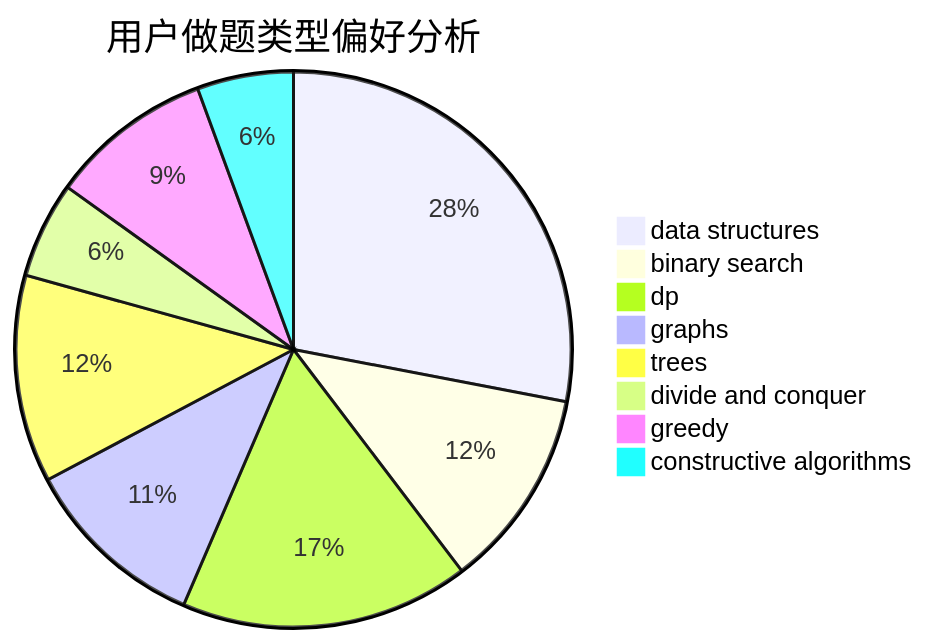
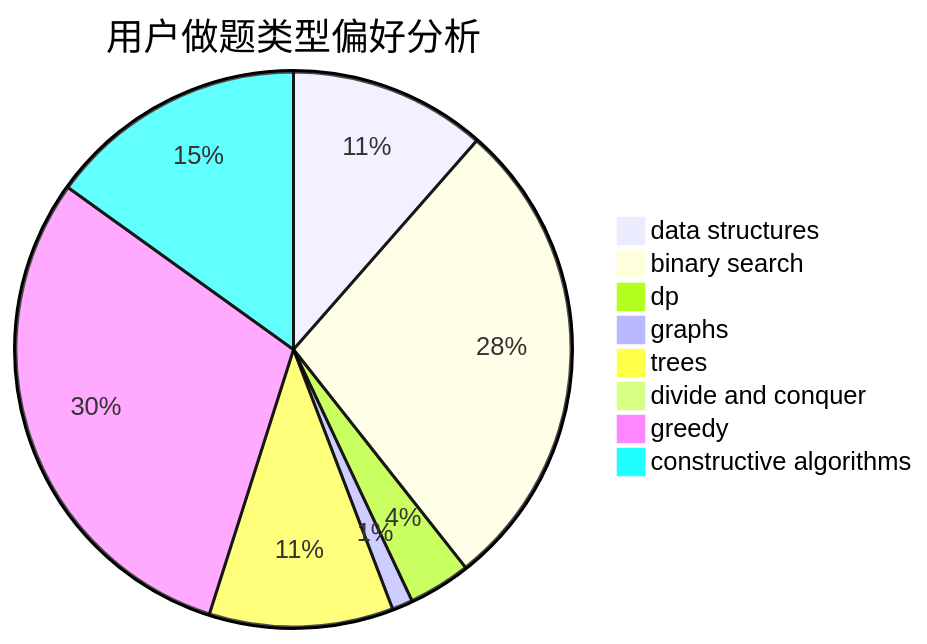
The second of 3 diagrams in docs/user/u273.md (sherpahu/cfrs.github.io), drawn with Mermaid before and after one commit. The commit also changed other lines of this file and 2770 other files, not shown here.

````diff
--- a/docs/user/u273.md
+++ b/docs/user/u273.md
@@ -23,11 +23,11 @@
 ```mermaid
 pie title 用户做题类型偏好分析
-    "data structures" :  65
-    "binary search" :  27
-    "dp" :  39
-    "graphs" :  25
-    "trees" :  28
-    "divide and conquer" :  13
-    "greedy" :  22
-    "constructive algorithms" :  13
+    "data structures" :  76
+    "binary search" :  185
+    "dp" :  24
+    "graphs" :  8
+    "trees" :  71
+    "divide and conquer" :  0
+    "greedy" :  199
+    "constructive algorithms" :  100
 ```
````
